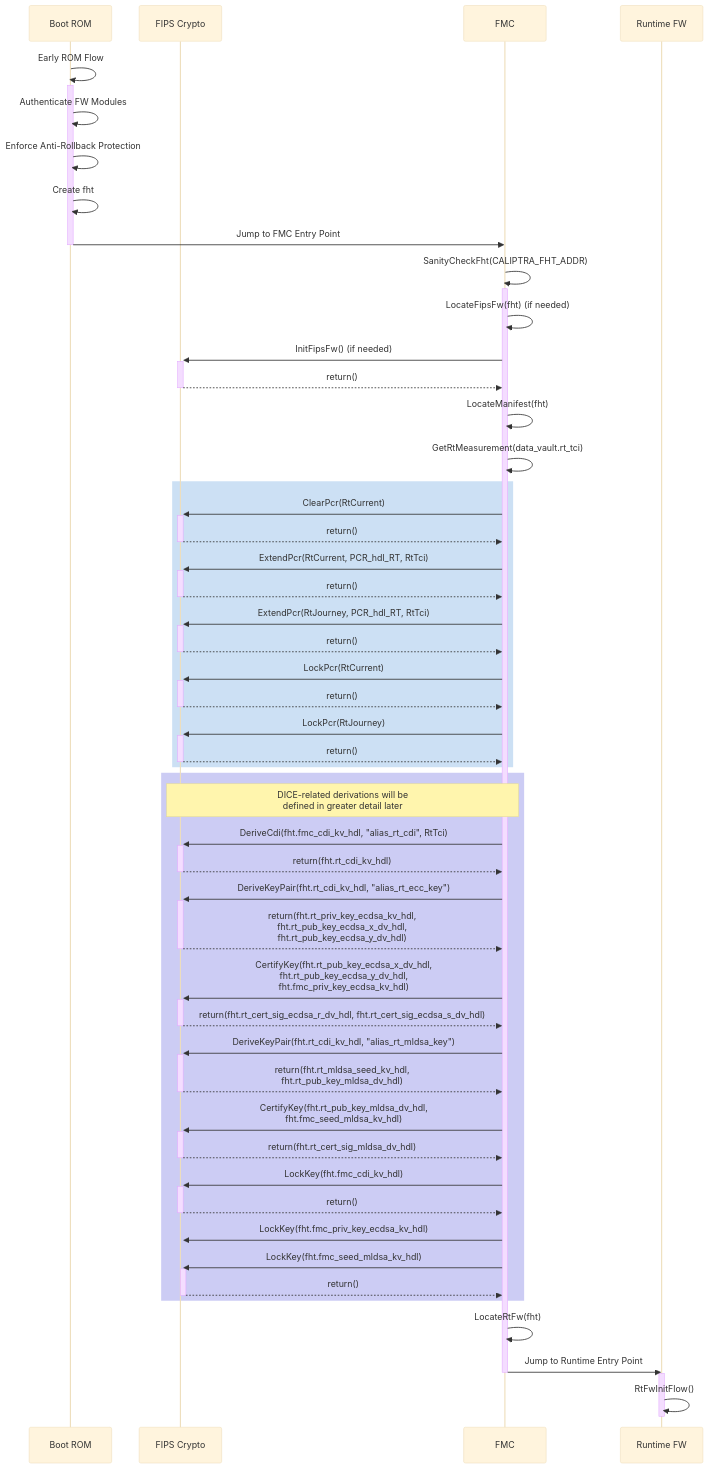
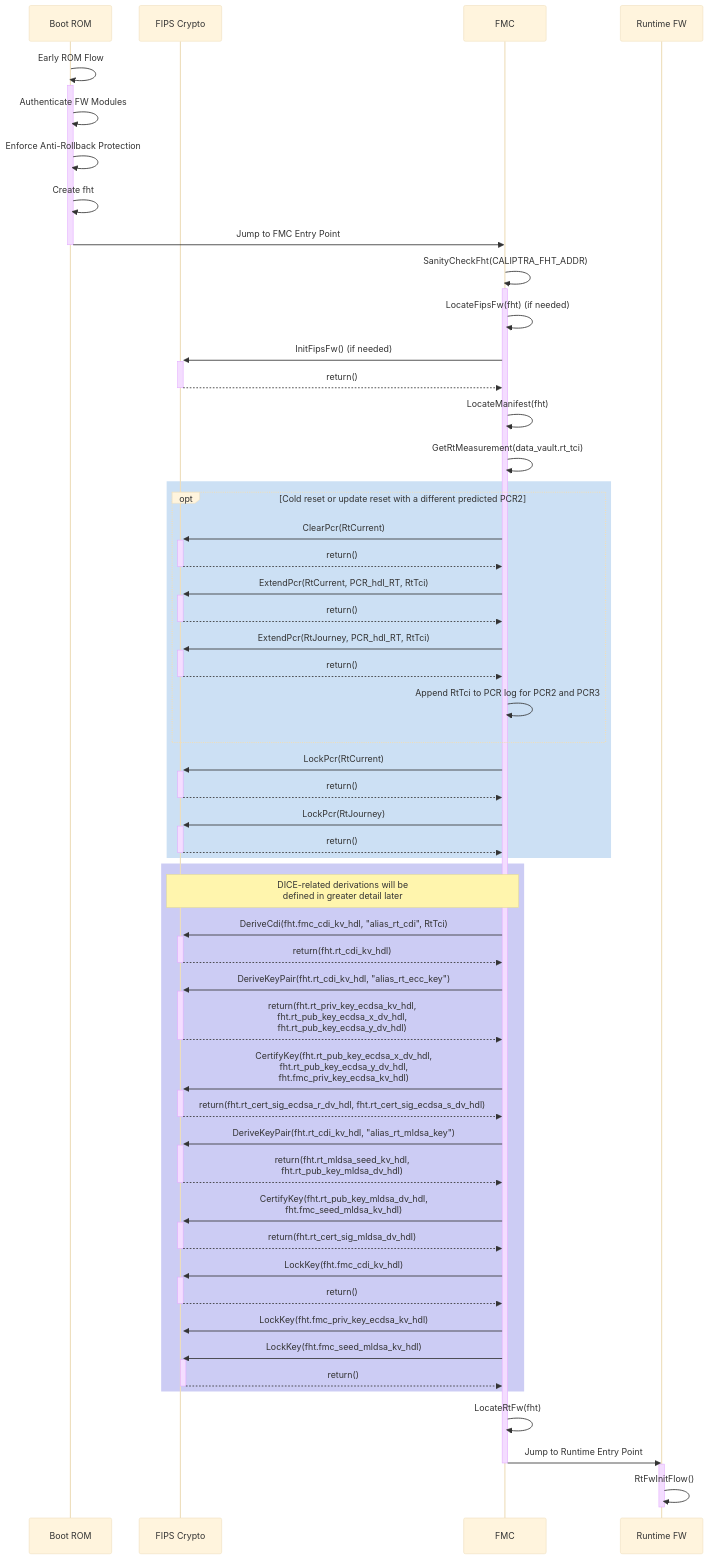
One commit to chipsalliance/caliptra-sw changed the diagram in fmc/README.md. Above: the diagram before and after it, drawn with Mermaid (base theme). The commit also changed other lines of this file and 2 other files, not shown here.

First line of the commit message:
docs(fmc): align PCR and Runtime CDI flow with implementation

````diff
--- a/fmc/README.md
+++ b/fmc/README.md
@@ -399,63 +409,67 @@
 ```mermaid
 sequenceDiagram
     participant ROM as Boot ROM
     participant FIPS as FIPS Crypto
     participant FMC as FMC
     participant RT as Runtime FW
 
     ROM->>+ROM: Early ROM Flow
     ROM->>ROM: Authenticate FW Modules
     ROM->>ROM: Enforce Anti-Rollback Protection
     ROM->>ROM: Create fht
     ROM->>-FMC: Jump to FMC Entry Point
 
     FMC->>+FMC: SanityCheckFht(CALIPTRA_FHT_ADDR)
     FMC->>FMC: LocateFipsFw(fht) (if needed)
     FMC->>+FIPS: InitFipsFw() (if needed)
     FIPS-->>-FMC: return()
     FMC->>FMC: LocateManifest(fht)
     FMC->>FMC: GetRtMeasurement(data_vault.rt_tci)
 
     rect rgba(0, 100, 200, .2)
 
+    opt Cold reset or update reset with a different predicted PCR2
     FMC->>+FIPS: ClearPcr(RtCurrent)
     FIPS-->>-FMC: return()
     FMC->>+FIPS: ExtendPcr(RtCurrent, PCR_hdl_RT, RtTci)
     FIPS-->>-FMC: return()
     FMC->>+FIPS: ExtendPcr(RtJourney, PCR_hdl_RT, RtTci)
     FIPS-->>-FMC: return()
+    FMC->>FMC: Append RtTci to PCR log for PCR2 and PCR3
+    end
+
     FMC->>+FIPS: LockPcr(RtCurrent)
     FIPS-->>-FMC: return()
     FMC->>+FIPS: LockPcr(RtJourney)
     FIPS-->>-FMC: return()
 
     end %% rect
 
     rect rgba(0, 0, 200, .2)
     note over FIPS, FMC: DICE-related derivations will be<br> defined in greater detail later
 
     FMC->>+FIPS: DeriveCdi(fht.fmc_cdi_kv_hdl, "alias_rt_cdi", RtTci)
     FIPS-->>-FMC: return(fht.rt_cdi_kv_hdl)
     FMC->>+FIPS: DeriveKeyPair(fht.rt_cdi_kv_hdl, "alias_rt_ecc_key")
     FIPS-->>-FMC: return(fht.rt_priv_key_ecdsa_kv_hdl,<br> fht.rt_pub_key_ecdsa_x_dv_hdl,<br> fht.rt_pub_key_ecdsa_y_dv_hdl)
     FMC->>+FIPS: CertifyKey(fht.rt_pub_key_ecdsa_x_dv_hdl,<br> fht.rt_pub_key_ecdsa_y_dv_hdl,<br> fht.fmc_priv_key_ecdsa_kv_hdl)
     FIPS-->>-FMC: return(fht.rt_cert_sig_ecdsa_r_dv_hdl, fht.rt_cert_sig_ecdsa_s_dv_hdl)
     FMC->>+FIPS: DeriveKeyPair(fht.rt_cdi_kv_hdl, "alias_rt_mldsa_key")
     FIPS-->>-FMC: return(fht.rt_mldsa_seed_kv_hdl,<br> fht.rt_pub_key_mldsa_dv_hdl)
     FMC->>+FIPS: CertifyKey(fht.rt_pub_key_mldsa_dv_hdl,<br> fht.fmc_seed_mldsa_kv_hdl)
     FIPS-->>-FMC: return(fht.rt_cert_sig_mldsa_dv_hdl)
     FMC->>+FIPS: LockKey(fht.fmc_cdi_kv_hdl)
     FIPS-->>-FMC: return()
     FMC->>+FIPS: LockKey(fht.fmc_priv_key_ecdsa_kv_hdl)
     FMC->>+FIPS: LockKey(fht.fmc_seed_mldsa_kv_hdl)
     FIPS-->>-FMC: return()
 
     end %% rect
 
     FMC->>FMC: LocateRtFw(fht)
     FMC->>-RT: Jump to Runtime Entry Point
 
     activate RT
     RT->>RT: RtFwInitFlow()
     deactivate RT
 ```
````
